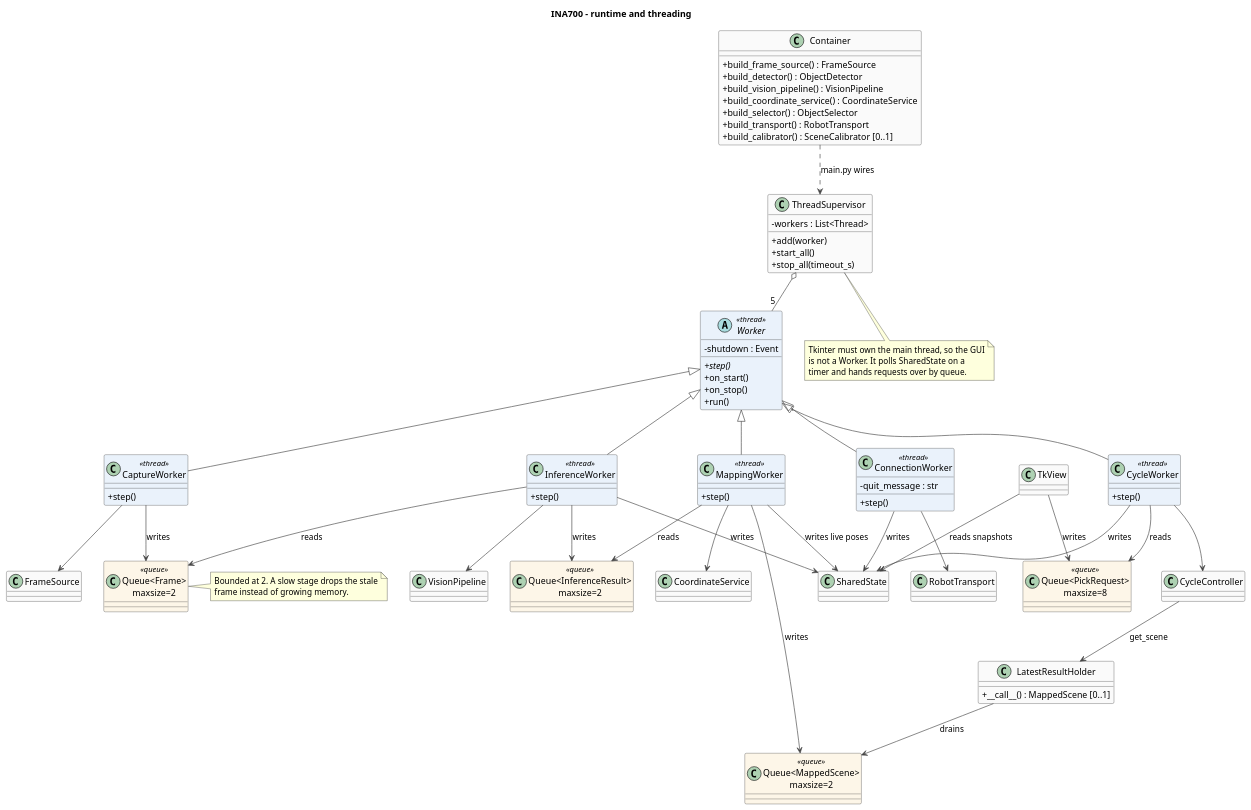
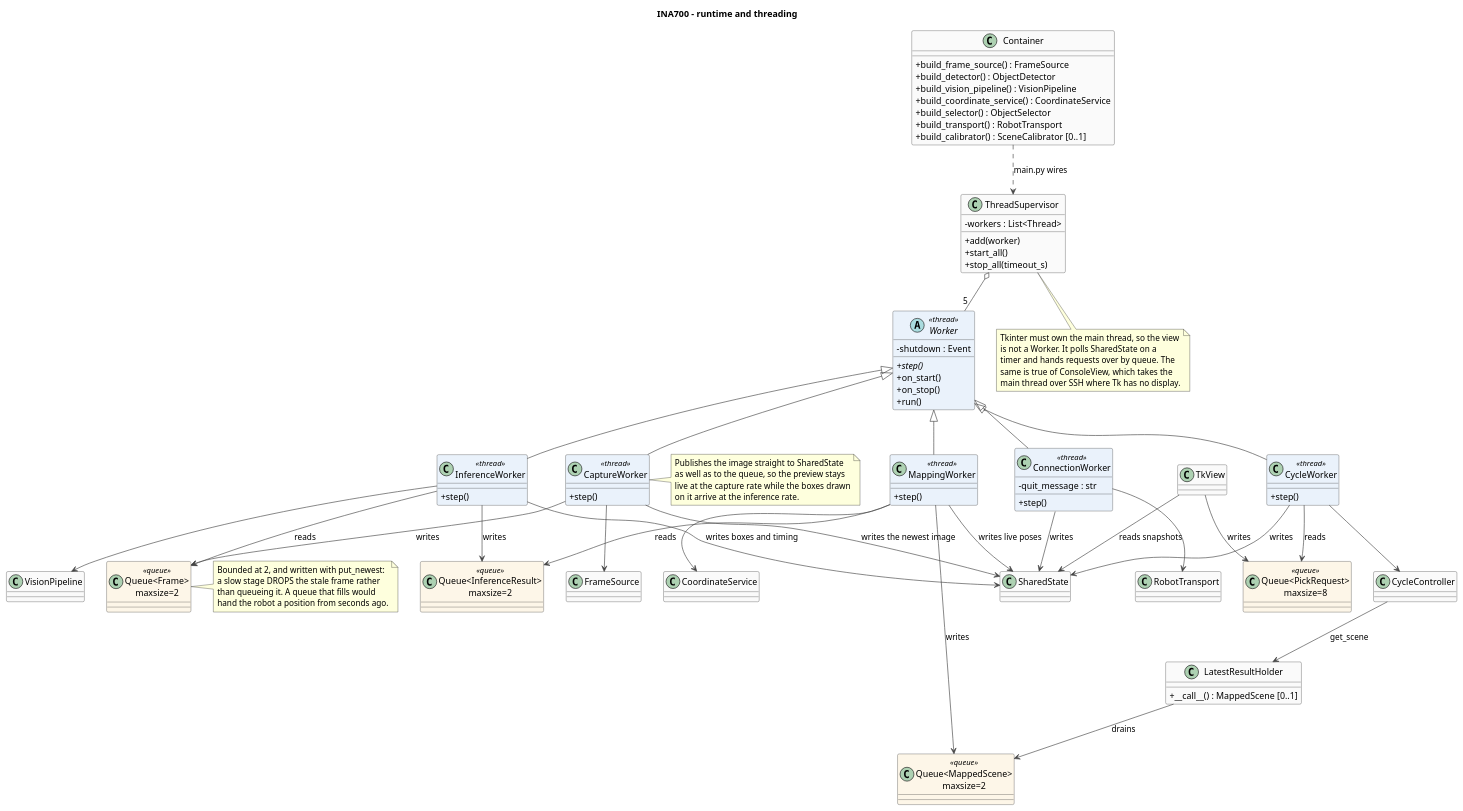
The diagram in docs/uml/06-runtime.puml (suka1901/project_industrial_automation), drawn with PlantUML before and after one commit. The commit also changed 45 other files, not shown here.

```diff
--- a/docs/uml/06-runtime.puml
+++ b/docs/uml/06-runtime.puml
@@ -1,114 +1,126 @@
 @startuml INA700_runtime
 ' INA700 - threads and their wiring
 ' Author: Suraj Karki
 ' Course: INA700 - AI-based pick and place
 '
 ' Each thread owns one distinct job. They share nothing but bounded queues
 ' and one lock-guarded state object handing out immutable snapshots.
 
 title INA700 - runtime and threading
 
 skinparam backgroundColor #FFFFFF
 skinparam shadowing false
 skinparam classAttributeIconSize 0
 skinparam ArrowColor #444444
 skinparam class {
   BorderColor #333333
   BackgroundColor #FAFAFA
   BackgroundColor<<thread>> #EAF2FB
   BackgroundColor<<queue>> #FDF6E8
 }
 
 abstract class Worker <<thread>> {
   -shutdown : Event
   +{abstract} step()
   +on_start()
   +on_stop()
   +run()
 }
 
 class CaptureWorker <<thread>> {
   +step()
 }
 class InferenceWorker <<thread>> {
   +step()
 }
 class MappingWorker <<thread>> {
   +step()
 }
 class CycleWorker <<thread>> {
   +step()
 }
 class ConnectionWorker <<thread>> {
   -quit_message : str
   +step()
 }
 
 class ThreadSupervisor {
   -workers : List<Thread>
   +add(worker)
   +start_all()
   +stop_all(timeout_s)
 }
 
 class LatestResultHolder {
   +__call__() : MappedScene [0..1]
 }
 
 class "Queue<Frame>\nmaxsize=2" as FrameQueue <<queue>>
 class "Queue<InferenceResult>\nmaxsize=2" as ResultQueue <<queue>>
 class "Queue<MappedScene>\nmaxsize=2" as SceneQueue <<queue>>
 class "Queue<PickRequest>\nmaxsize=8" as RequestQueue <<queue>>
 
 class Container {
   +build_frame_source() : FrameSource
   +build_detector() : ObjectDetector
   +build_vision_pipeline() : VisionPipeline
   +build_coordinate_service() : CoordinateService
   +build_selector() : ObjectSelector
   +build_transport() : RobotTransport
   +build_calibrator() : SceneCalibrator [0..1]
 }
 
 Worker <|-- CaptureWorker
 Worker <|-- InferenceWorker
 Worker <|-- MappingWorker
 Worker <|-- CycleWorker
 Worker <|-- ConnectionWorker
 ThreadSupervisor o-- "5" Worker
 
 CaptureWorker --> FrameQueue : writes
 InferenceWorker --> FrameQueue : reads
 InferenceWorker --> ResultQueue : writes
 MappingWorker --> ResultQueue : reads
 MappingWorker --> SceneQueue : writes
 MappingWorker --> CoordinateService
 LatestResultHolder --> SceneQueue : drains
 CycleController --> LatestResultHolder : get_scene
 CycleWorker --> RequestQueue : reads
 CycleWorker --> CycleController
 InferenceWorker --> VisionPipeline
 CaptureWorker --> FrameSource
 ConnectionWorker --> RobotTransport
 
 TkView --> RequestQueue : writes
 TkView --> SharedState : reads snapshots
-InferenceWorker --> SharedState : writes
+CaptureWorker --> SharedState : writes the newest image
+InferenceWorker --> SharedState : writes boxes and timing
 MappingWorker --> SharedState : writes live poses
 CycleWorker --> SharedState : writes
 ConnectionWorker --> SharedState : writes
 
 Container ..> ThreadSupervisor : main.py wires
 
 note bottom of ThreadSupervisor
-  Tkinter must own the main thread, so the GUI
+  Tkinter must own the main thread, so the view
   is not a Worker. It polls SharedState on a
-  timer and hands requests over by queue.
+  timer and hands requests over by queue. The
+  same is true of ConsoleView, which takes the
+  main thread over SSH where Tk has no display.
 end note
 
 note right of FrameQueue
-  Bounded at 2. A slow stage drops the stale
-  frame instead of growing memory.
+  Bounded at 2, and written with put_newest:
+  a slow stage DROPS the stale frame rather
+  than queueing it. A queue that fills would
+  hand the robot a position from seconds ago.
+end note
+
+note right of CaptureWorker
+  Publishes the image straight to SharedState
+  as well as to the queue, so the preview stays
+  live at the capture rate while the boxes drawn
+  on it arrive at the inference rate.
 end note
 
 @enduml
```
